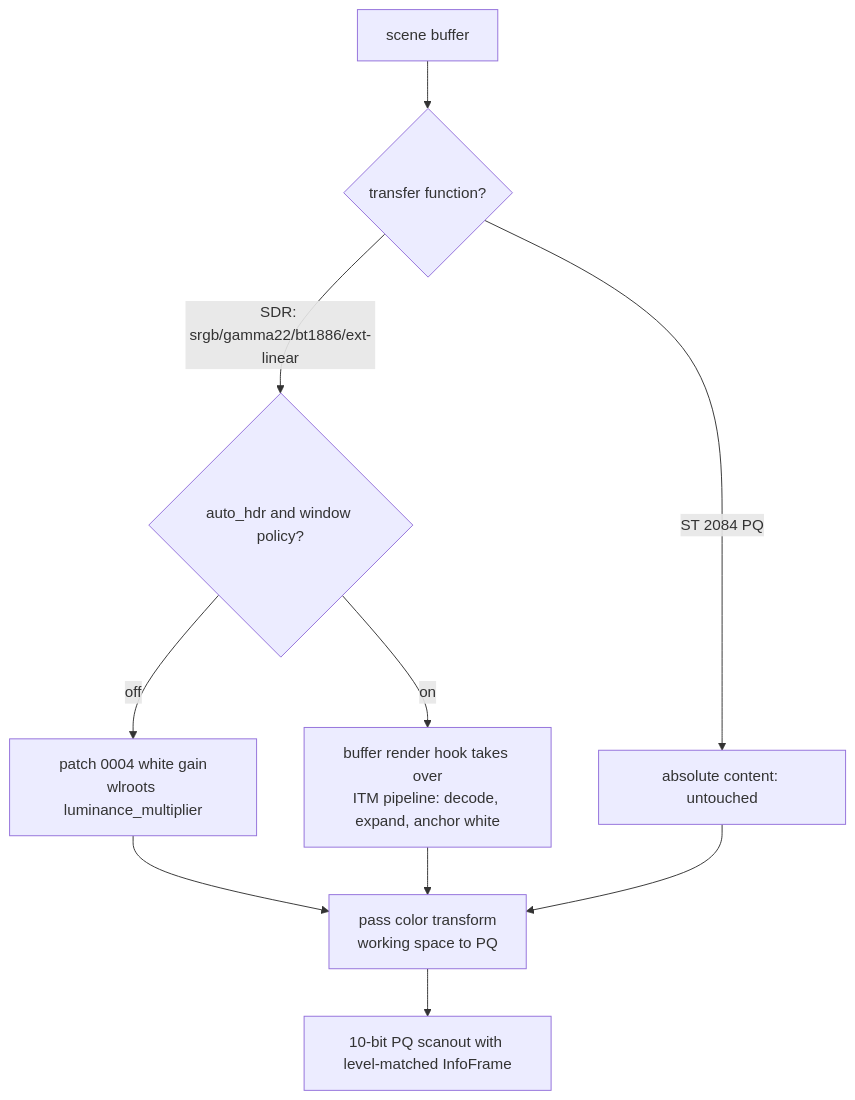
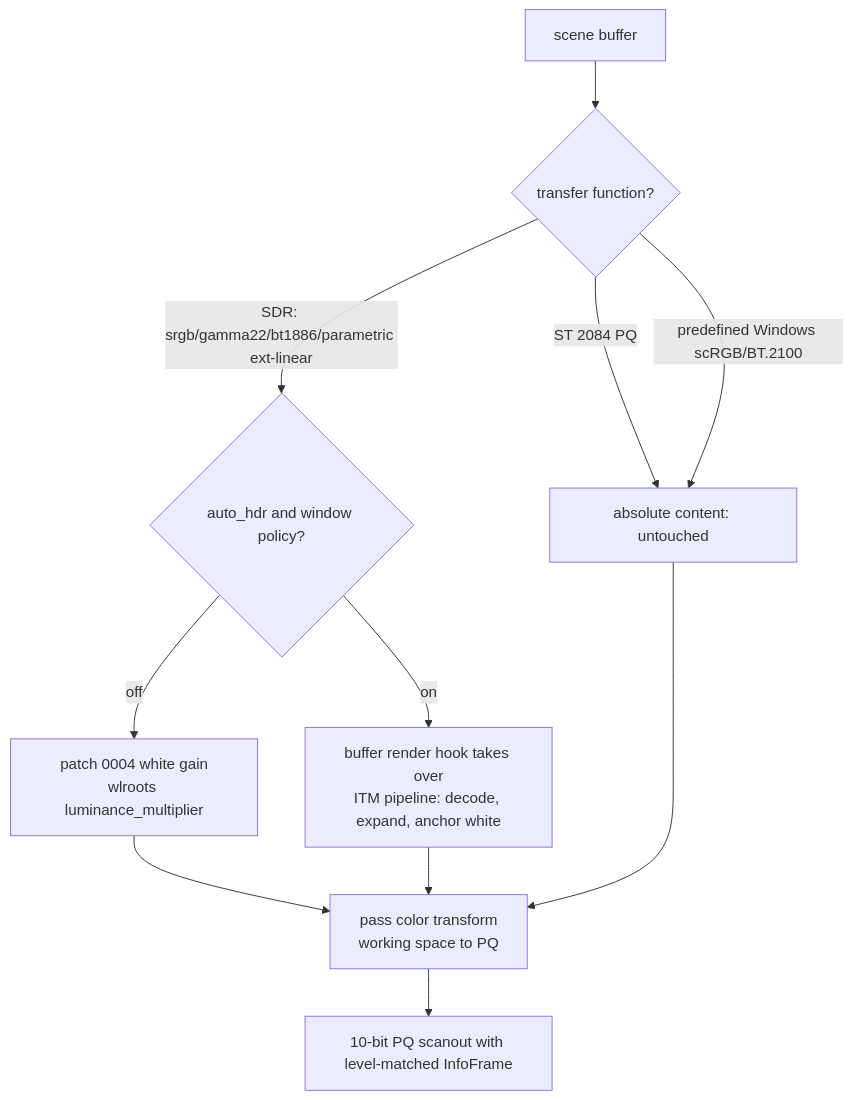
One commit to Seafoam-Labs/Aqueous changed the diagram in docs/auto-hdr-implementation-plan.md. Above: the diagram before and after it, drawn with Mermaid. The commit also changed other lines of this file and 24 other files, not shown here.

````diff
--- a/docs/auto-hdr-implementation-plan.md
+++ b/docs/auto-hdr-implementation-plan.md
@@ -79,12 +79,13 @@
 ```mermaid
 graph TD
     A[scene buffer] --> B{transfer function?}
     B -->|ST 2084 PQ| C[absolute content: untouched]
-    B -->|SDR: srgb/gamma22/bt1886/ext-linear| D{auto_hdr and window policy?}
+    B -->|predefined Windows scRGB/BT.2100| C
+    B -->|SDR: srgb/gamma22/bt1886/parametric ext-linear| D{auto_hdr and window policy?}
     D -->|off| E[patch 0004 white gain<br>wlroots luminance_multiplier]
     D -->|on| F[buffer render hook takes over<br>ITM pipeline: decode, expand, anchor white]
     E --> G[pass color transform<br>working space to PQ]
     F --> G
     C --> G
     G --> H[10-bit PQ scanout with level-matched InfoFrame]
 ```
````
